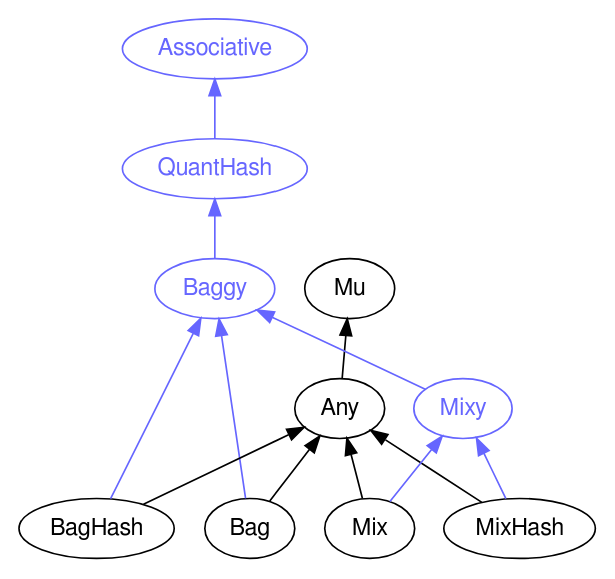
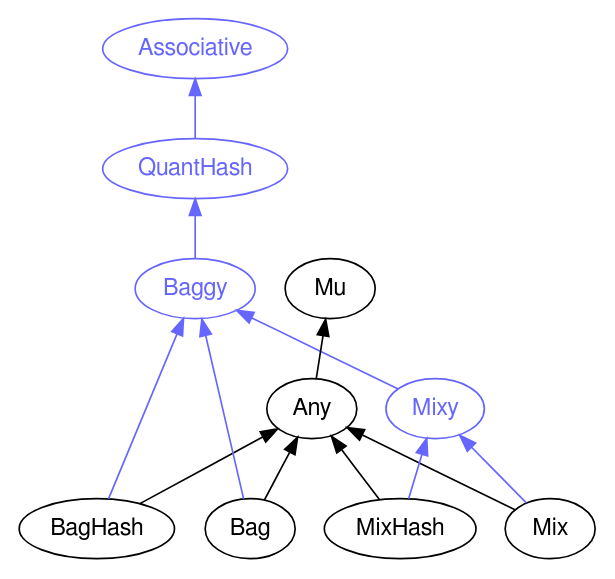
Before and after one commit to perl6docs/perl6docs.github.io: the diagram in images/type-graph-Baggy.svg.dot, drawn with Graphviz. The commit also changed other lines of this file and 1861 other files, not shown here.

```diff
--- a/images/type-graph-Baggy.svg.dot
+++ b/images/type-graph-Baggy.svg.dot
@@ -1,32 +1,32 @@
 digraph "perl6-type-graph" {
     rankdir=BT;
     splines=polyline;
     overlap=false; 
     // Types
     "Baggy" [color="#6666FF", fontcolor="#6666FF", href="/type/Baggy", fontname="FreeSans"];
     "Associative" [color="#6666FF", fontcolor="#6666FF", href="/type/Associative", fontname="FreeSans"];
     "QuantHash" [color="#6666FF", fontcolor="#6666FF", href="/type/QuantHash", fontname="FreeSans"];
+    "Mixy" [color="#6666FF", fontcolor="#6666FF", href="/type/Mixy", fontname="FreeSans"];
     "Mu" [color="#000000", fontcolor="#000000", href="/type/Mu", fontname="FreeSans"];
     "Any" [color="#000000", fontcolor="#000000", href="/type/Any", fontname="FreeSans"];
+    "BagHash" [color="#000000", fontcolor="#000000", href="/type/BagHash", fontname="FreeSans"];
     "Bag" [color="#000000", fontcolor="#000000", href="/type/Bag", fontname="FreeSans"];
-    "BagHash" [color="#000000", fontcolor="#000000", href="/type/BagHash", fontname="FreeSans"];
-    "Mixy" [color="#6666FF", fontcolor="#6666FF", href="/type/Mixy", fontname="FreeSans"];
+    "Mix" [color="#000000", fontcolor="#000000", href="/type/Mix", fontname="FreeSans"];
     "MixHash" [color="#000000", fontcolor="#000000", href="/type/MixHash", fontname="FreeSans"];
-    "Mix" [color="#000000", fontcolor="#000000", href="/type/Mix", fontname="FreeSans"];
 
     // Superclasses
     "Any" -> "Mu" [color="#000000"];
+    "BagHash" -> "Any" [color="#000000"];
     "Bag" -> "Any" [color="#000000"];
-    "BagHash" -> "Any" [color="#000000"];
+    "Mix" -> "Any" [color="#000000"];
     "MixHash" -> "Any" [color="#000000"];
-    "Mix" -> "Any" [color="#000000"];
 
     // Roles
     "Baggy" -> "QuantHash" [color="#6666FF"];
     "QuantHash" -> "Associative" [color="#6666FF"];
+    "Mixy" -> "Baggy" [color="#6666FF"];
+    "BagHash" -> "Baggy" [color="#6666FF"];
     "Bag" -> "Baggy" [color="#6666FF"];
-    "BagHash" -> "Baggy" [color="#6666FF"];
-    "Mixy" -> "Baggy" [color="#6666FF"];
+    "Mix" -> "Mixy" [color="#6666FF"];
     "MixHash" -> "Mixy" [color="#6666FF"];
-    "Mix" -> "Mixy" [color="#6666FF"];
 }
```
